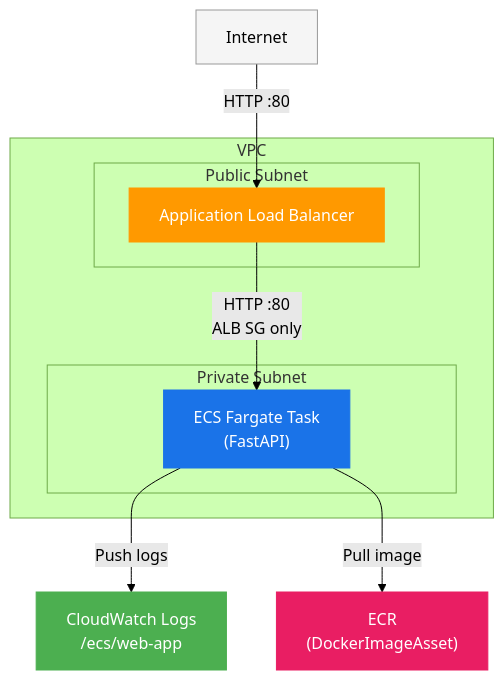
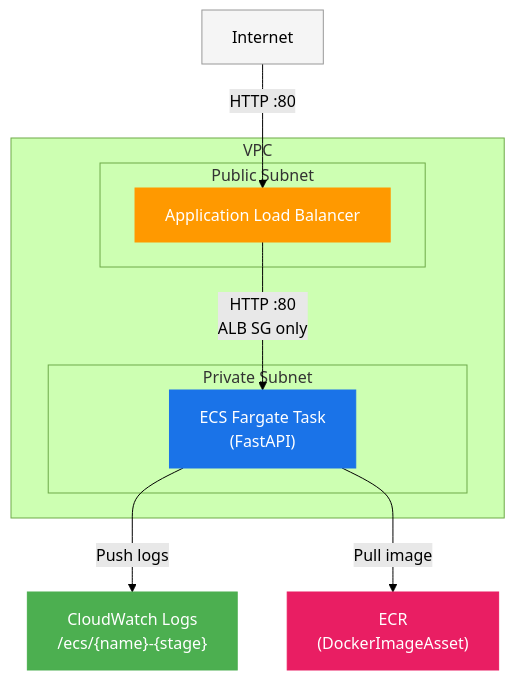
The diagram in ecs-webapp/README.md (hituji1012/hituji-aws-template), drawn with Mermaid (forest theme) before and after one commit. The commit also changed other lines of this file and 6 other files, not shown here.

````diff
--- a/ecs-webapp/README.md
+++ b/ecs-webapp/README.md
@@ -17,23 +17,23 @@
 ```mermaid
 graph TD
     Internet["Internet"] -->|HTTP :80| ALB
 
     subgraph VPC
         subgraph Public Subnet
             ALB["Application Load Balancer"]
         end
         subgraph Private Subnet
             ECS["ECS Fargate Task\n(FastAPI)"]
         end
     end
 
     ALB -->|HTTP :80\nALB SG only| ECS
-    ECS -->|Push logs| CWL["CloudWatch Logs\n/ecs/web-app"]
+    ECS -->|Push logs| CWL["CloudWatch Logs\n/ecs/{name}-{stage}"]
     ECS -->|Pull image| ECR["ECR\n(DockerImageAsset)"]
 
     style Internet fill:#f5f5f5,stroke:#999
     style ALB fill:#FF9900,color:#fff,stroke:#FF9900
     style ECS fill:#1A73E8,color:#fff,stroke:#1A73E8
     style CWL fill:#4CAF50,color:#fff,stroke:#4CAF50
     style ECR fill:#E91E63,color:#fff,stroke:#E91E63
 ```
````
